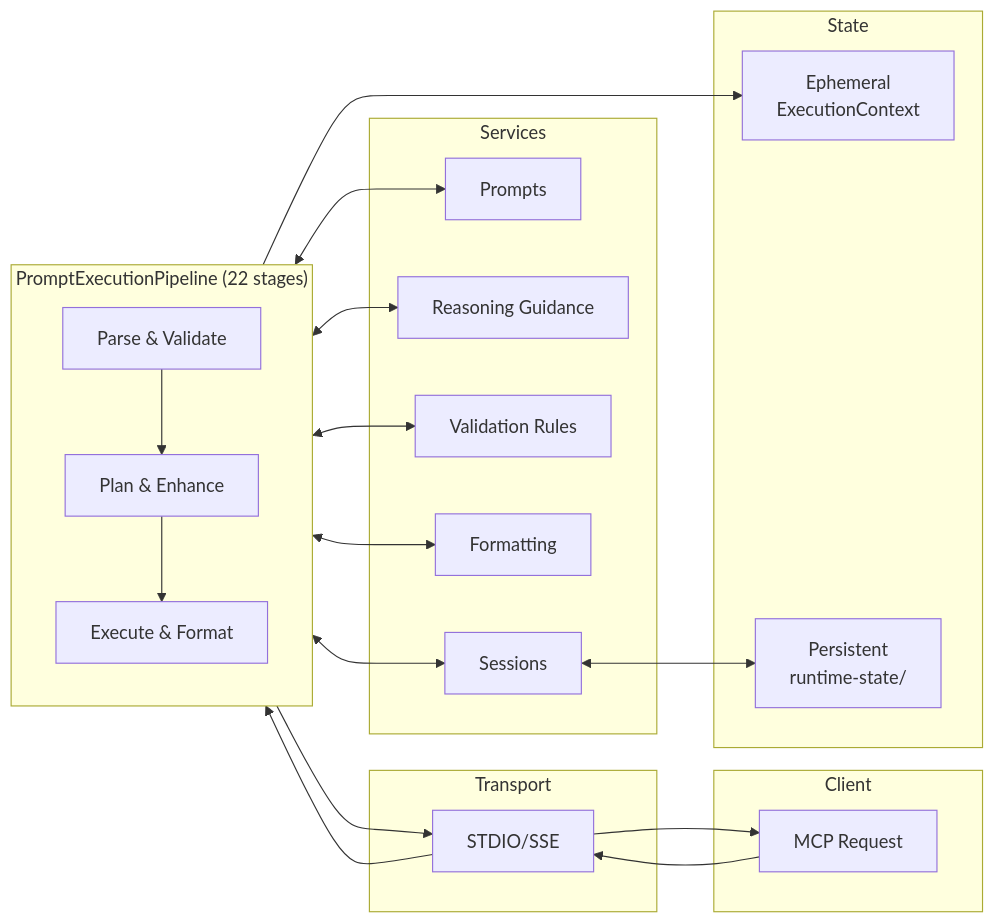
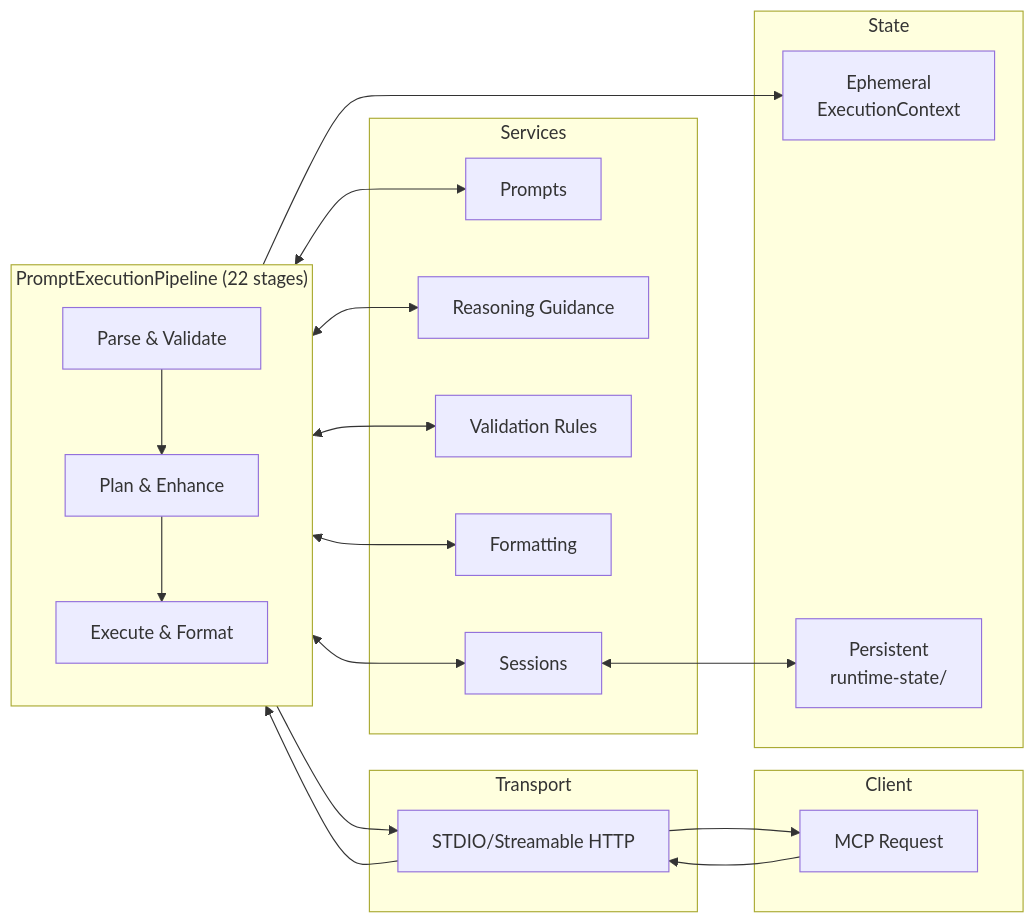
Before and after one commit to minipuft/claude-prompts-mcp: the first of 2 diagrams in docs/architecture/overview.md, drawn with Mermaid. The commit also changed other lines of this file and 17 other files, not shown here.

````diff
--- a/docs/architecture/overview.md
+++ b/docs/architecture/overview.md
@@ -25,37 +25,37 @@
 ```mermaid
 flowchart LR
     subgraph Client
         A[MCP Request]
     end
 
     subgraph Transport
-        B[STDIO/SSE]
+        B[STDIO/Streamable HTTP]
     end
 
     subgraph Pipeline["PromptExecutionPipeline (22 stages)"]
         direction TB
         C1[Parse & Validate]
         C2[Plan & Enhance]
         C3[Execute & Format]
     end
 
     subgraph Services
         D1[Prompts]
         D2[Reasoning Guidance]
         D3[Validation Rules]
         D4[Formatting]
         D5[Sessions]
     end
 
     subgraph State
         E1[Ephemeral<br/>ExecutionContext]
         E2[Persistent<br/>runtime-state/]
     end
 
     A --> B --> Pipeline
     C1 --> C2 --> C3
     Pipeline <--> D1 & D2 & D3 & D4 & D5
     D5 <--> E2
     Pipeline --> E1
     C3 --> B --> A
 ```
````
